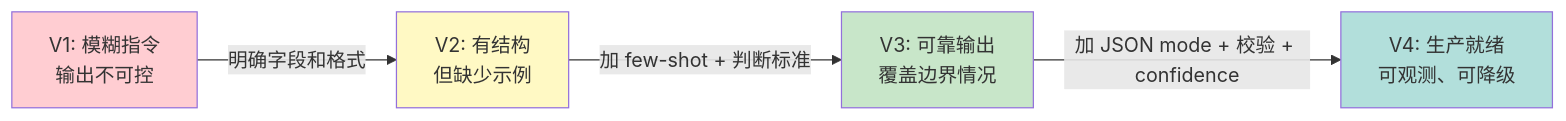
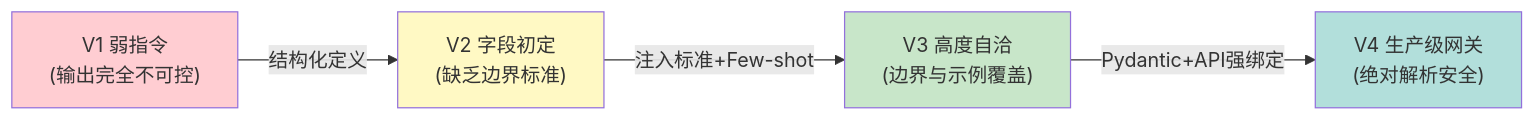
One commit to yingwang/thinking-in-llm changed the sixth of 7 diagrams in chapters/09-prompting.md. Above: the diagram before and after it, drawn with Mermaid. The commit also changed other lines of this file and 31 other files, not shown here.

````diff
--- a/chapters/09-prompting.md
+++ b/chapters/09-prompting.md
@@ -752,11 +435,11 @@
 ```mermaid
 graph LR
-    V1["V1: 模糊指令<br/>输出不可控"] -->|明确字段和格式| V2["V2: 有结构<br/>但缺少示例"]
-    V2 -->|加 few-shot + 判断标准| V3["V3: 可靠输出<br/>覆盖边界情况"]
-    V3 -->|加 JSON mode + 校验 + confidence| V4["V4: 生产就绪<br/>可观测、可降级"]
+    V1["V1 弱指令<br>(输出完全不可控)"] -->|结构化定义| V2["V2 字段初定<br>(缺乏边界标准)"]
+    V2 -->|注入标准+Few-shot| V3["V3 高度自洽<br>(边界与示例覆盖)"]
+    V3 -->|Pydantic+API强绑定| V4["V4 生产级网关<br>(绝对解析安全)"]
     
     style V1 fill:#ffcdd2
     style V2 fill:#fff9c4
     style V3 fill:#c8e6c9
     style V4 fill:#b2dfdb
 ```
````
